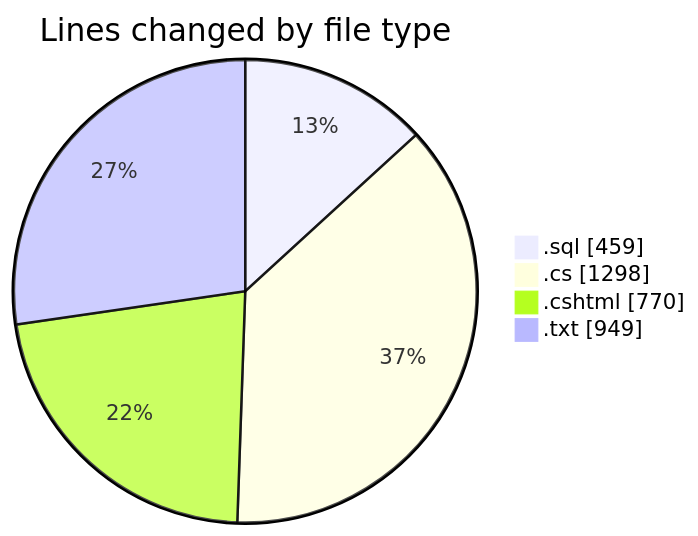
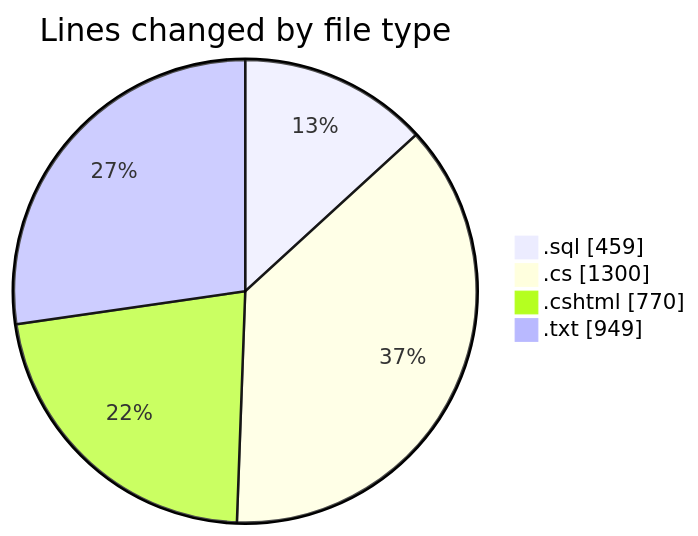
The first of 2 diagrams in 2025-07-23/quanlyrapchieuphim/README.md (lephambinh05/code-tracking), drawn with Mermaid before and after one commit. The commit also changed other lines of this file and 1 other file, not shown here.

````diff
--- a/2025-07-23/quanlyrapchieuphim/README.md
+++ b/2025-07-23/quanlyrapchieuphim/README.md
@@ -27,8 +27,8 @@
 ```mermaid
 pie showData
 title Lines changed by file type
 ".sql" : 459
-".cs" : 1298
+".cs" : 1300
 ".cshtml" : 770
 ".txt" : 949
 ```
````
